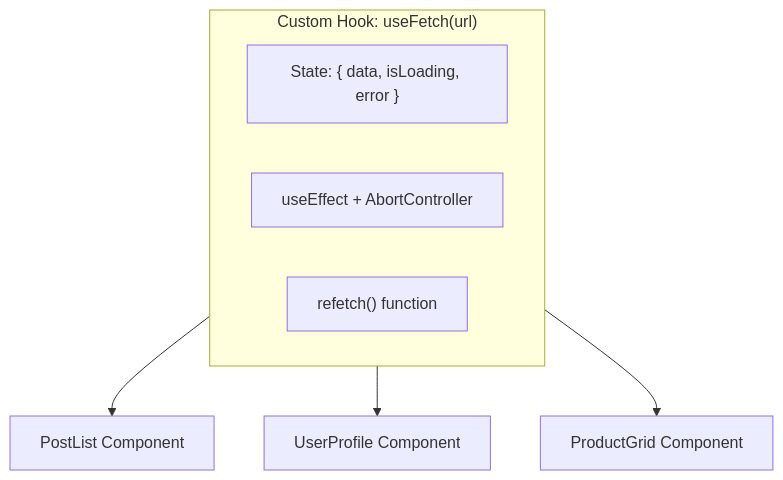
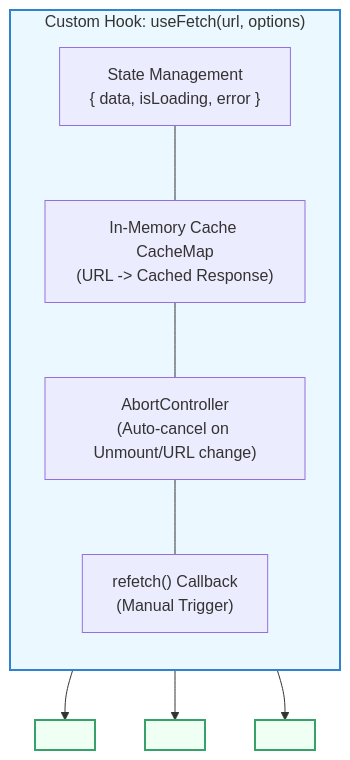
Before and after one commit to Ari-ICU/full-stack-short-coures: the diagram in src/courses/react/module-10-custom-hooks/02-usefetch-hook.mdx, drawn with Mermaid. The commit also changed other lines of this file and 26 other files, not shown here.

````diff
--- a/src/courses/react/module-10-custom-hooks/02-usefetch-hook.mdx
+++ b/src/courses/react/module-10-custom-hooks/02-usefetch-hook.mdx
@@ -24,12 +34,20 @@
 ```mermaid
-graph TD
-    subgraph CustomHook["Custom Hook: useFetch(url)"]
-        S["State: { data, isLoading, error }"]
-        E["useEffect + AbortController"]
-        R["refetch() function"]
+flowchart TD
+    subgraph HookCore["Custom Hook: useFetch(url, options)"]
+        direction TB
+        State["State Management<br/>{ data, isLoading, error }"]
+        Cache["In-Memory Cache CacheMap<br/>(URL -> Cached Response)"]
+        Abort["AbortController<br/>(Auto-cancel on Unmount/URL change)"]
+        Refetch["refetch() Callback<br/>(Manual Trigger)"]
+        State --- Cache --- Abort --- Refetch
     end
 
-    CustomHook --> C1["PostList Component"]
-    CustomHook --> C2["UserProfile Component"]
-    CustomHook --> C3["ProductGrid Component"]
+    HookCore --> C1["<UserProfile userId={1} />"]
+    HookCore --> C2["<PostList category='tech' />"]
+    HookCore --> C3["<ProductGrid />"]
+
+    style HookCore fill:#ebf8ff,stroke:#3182ce,stroke-width:2px
+    style C1 fill:#f0fff4,stroke:#38a169,stroke-width:2px
+    style C2 fill:#f0fff4,stroke:#38a169,stroke-width:2px
+    style C3 fill:#f0fff4,stroke:#38a169,stroke-width:2px
 ```
````
